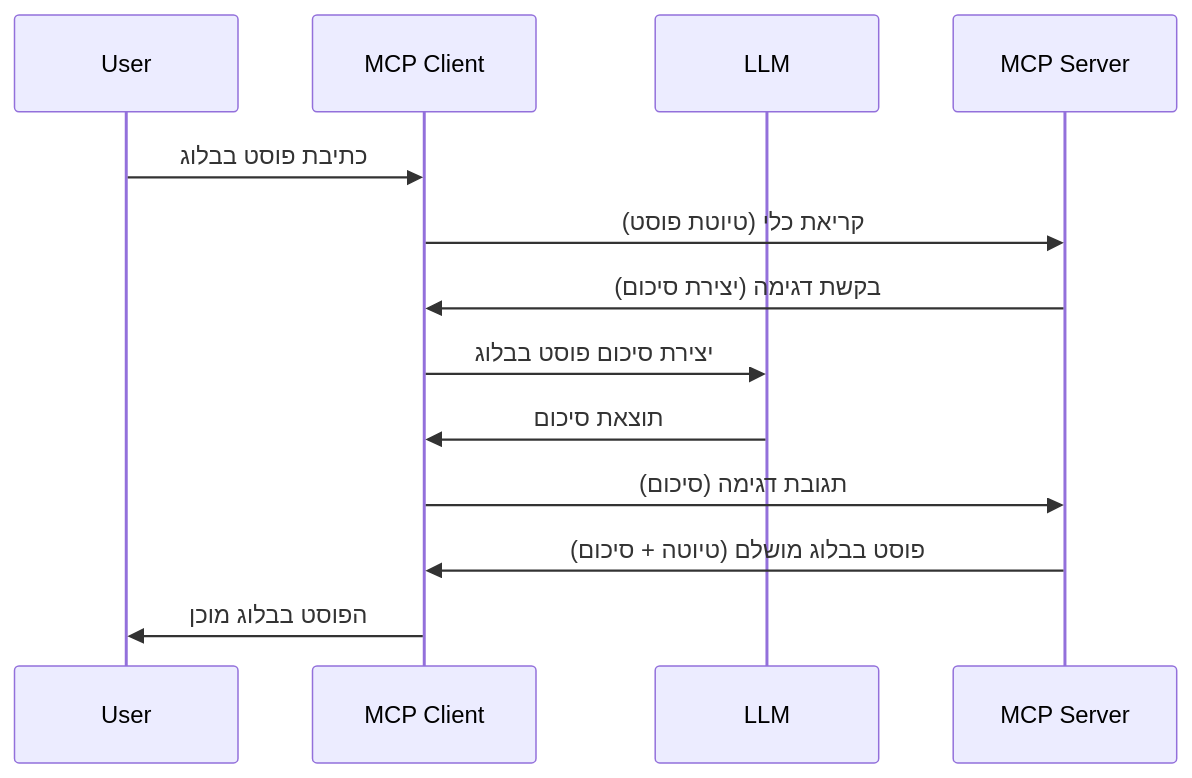
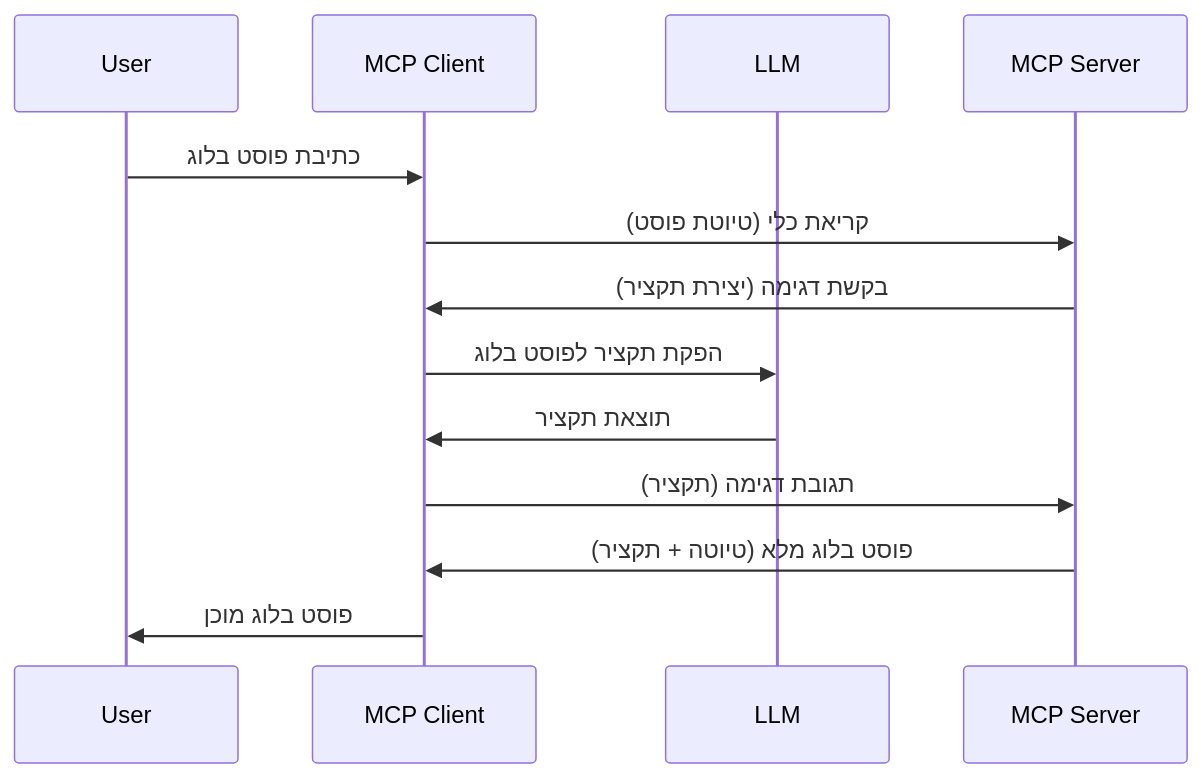
The diagram in mcp_ecosystem__model_context_protocol/mcp_learning_resources/mcp-for-beginners/translations/he/03-GettingStarted/14-sampling/README.md (HIDORAKAI002/ai-workspace-archive), drawn with Mermaid before and after one commit. The commit also changed other lines of this file and 1539 other files, not shown here.

````diff
--- a/mcp_ecosystem__model_context_protocol/mcp_learning_resources/mcp-for-beginners/translations/he/03-GettingStarted/14-sampling/README.md
+++ b/mcp_ecosystem__model_context_protocol/mcp_learning_resources/mcp-for-beginners/translations/he/03-GettingStarted/14-sampling/README.md
@@ -23,16 +23,16 @@
 ```mermaid
 sequenceDiagram
     participant User
     participant MCP Client
     participant LLM
     participant MCP Server
 
-    User->>MCP Client: כתיבת פוסט בבלוג
+    User->>MCP Client: כתיבת פוסט בלוג
     MCP Client->>MCP Server: קריאת כלי (טיוטת פוסט)
-    MCP Server->>MCP Client: בקשת דגימה (יצירת סיכום)
-    MCP Client->>LLM: יצירת סיכום פוסט בבלוג
-    LLM->>MCP Client: תוצאת סיכום
-    MCP Client->>MCP Server: תגובת דגימה (סיכום)
-    MCP Server->>MCP Client: פוסט בבלוג מושלם (טיוטה + סיכום)
-    MCP Client->>User: הפוסט בבלוג מוכן
+    MCP Server->>MCP Client: בקשת דגימה (יצירת תקציר)
+    MCP Client->>LLM: הפקת תקציר לפוסט בלוג
+    LLM->>MCP Client: תוצאת תקציר
+    MCP Client->>MCP Server: תגובת דגימה (תקציר)
+    MCP Server->>MCP Client: פוסט בלוג מלא (טיוטה + תקציר)
+    MCP Client->>User: פוסט בלוג מוכן
 ```
````
